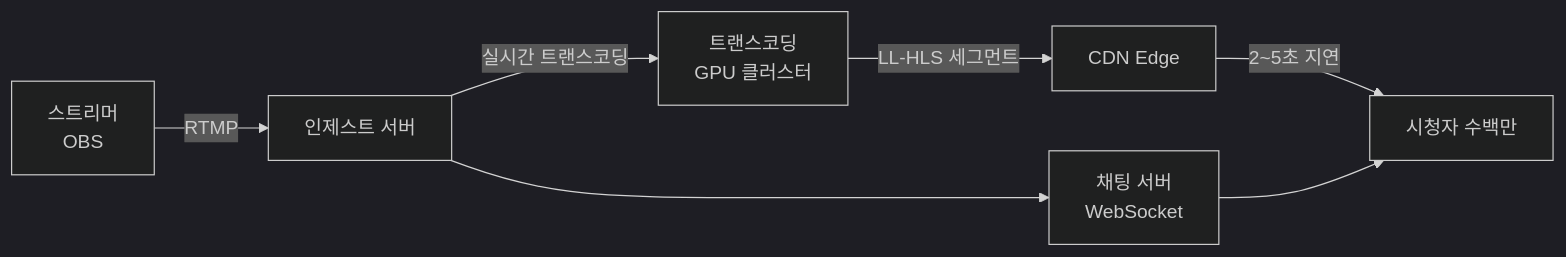
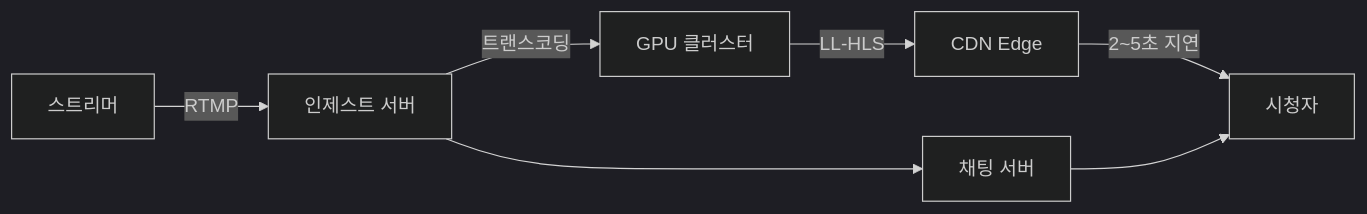
The ninth of 12 diagrams in _posts/systemdesign/2026-05-03-system-design-video-streaming.md (yjkim2015/yjkim2015.github.io), drawn with Mermaid (dark theme) before and after one commit. The commit also changed other lines of this file and 245 other files, not shown here.

First line of the commit message:
Mermaid 다이어그램 전면 수정 + 면접 포인트 접기/펼치기 + DB 데드락 페이지

````diff
--- a/_posts/systemdesign/2026-05-03-system-design-video-streaming.md
+++ b/_posts/systemdesign/2026-05-03-system-design-video-streaming.md
@@ -594,9 +594,9 @@
 ```mermaid
 graph LR
-    STR[스트리머<br/>OBS] -->|RTMP| IG[인제스트 서버]
-    IG -->|실시간 트랜스코딩| TC[트랜스코딩<br/>GPU 클러스터]
-    TC -->|LL-HLS 세그먼트| CDN[CDN Edge]
-    CDN -->|2~5초 지연| V1[시청자 수백만]
-    IG --> CH[채팅 서버<br/>WebSocket]
+    STR[스트리머] -->|RTMP| IG[인제스트 서버]
+    IG -->|트랜스코딩| TC[GPU 클러스터]
+    TC -->|LL-HLS| CDN[CDN Edge]
+    CDN -->|2~5초 지연| V1[시청자]
+    IG --> CH[채팅 서버]
     CH --> V1
 ```
````
